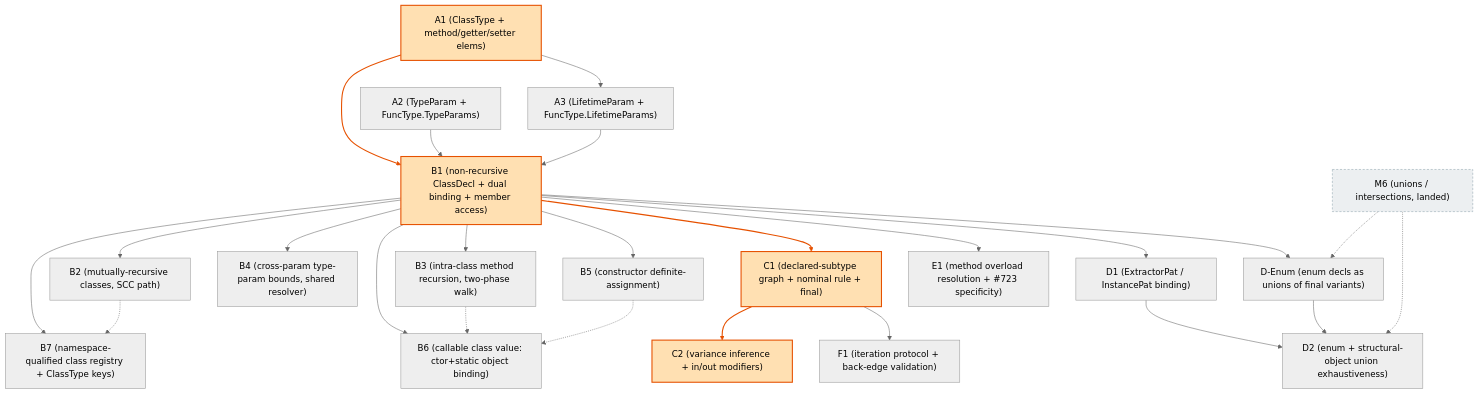
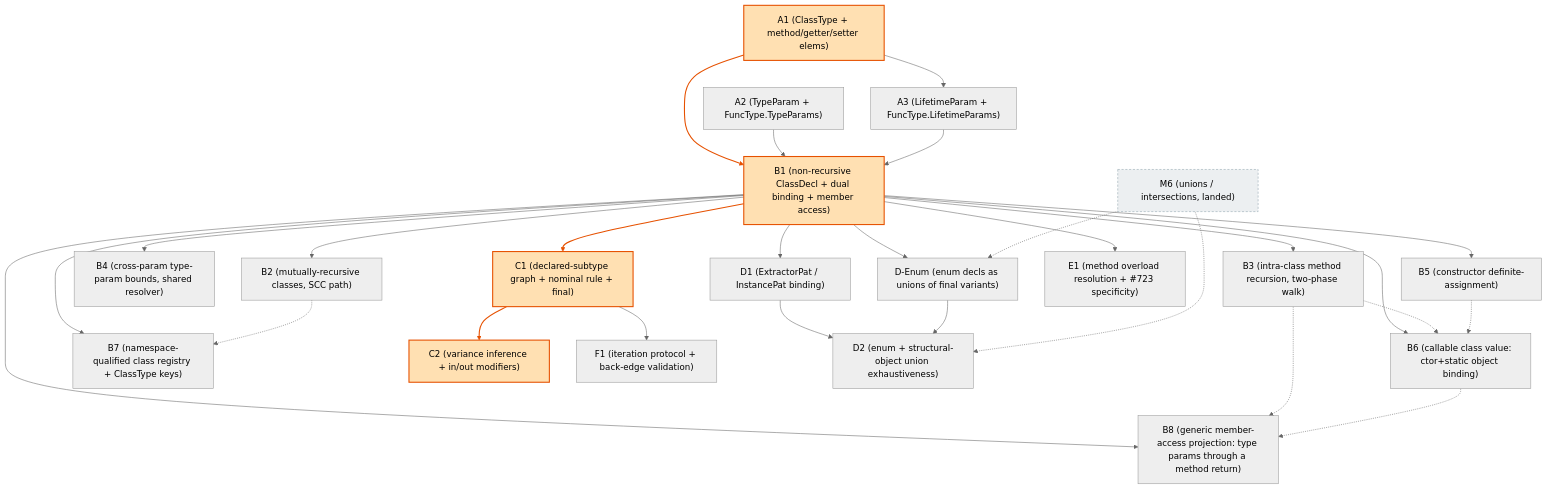
The diagram in planning/simple_sub/m5-implementation-plan.md (escalier-lang/escalier), drawn with Mermaid (neutral theme) before and after one commit. The commit also changed other lines of this file and 1 other file, not shown here.

First line of the commit message:
Add B8 to the M5 plan: generic member-access projection

````diff
--- a/planning/simple_sub/m5-implementation-plan.md
+++ b/planning/simple_sub/m5-implementation-plan.md
@@ -1310,51 +1367,55 @@
 ```mermaid
 graph TD
     A1["A1 (ClassType + method/getter/setter elems)"]
     A2["A2 (TypeParam + FuncType.TypeParams)"]
     A3["A3 (LifetimeParam + FuncType.LifetimeParams)"]
     B1["B1 (non-recursive ClassDecl + dual binding + member access)"]
     B2["B2 (mutually-recursive classes, SCC path)"]
     B3["B3 (intra-class method recursion, two-phase walk)"]
     B4["B4 (cross-param type-param bounds, shared resolver)"]
     B5["B5 (constructor definite-assignment)"]
     B6["B6 (callable class value: ctor+static object binding)"]
     B7["B7 (namespace-qualified class registry + ClassType keys)"]
+    B8["B8 (generic member-access projection: type params through a method return)"]
     C1["C1 (declared-subtype graph + nominal rule + final)"]
     C2["C2 (variance inference + in/out modifiers)"]
     F1["F1 (iteration protocol + back-edge validation)"]
     D1["D1 (ExtractorPat / InstancePat binding)"]
     DEnum["D-Enum (enum decls as unions of final variants)"]
     D2["D2 (enum + structural-object union exhaustiveness)"]
     E1["E1 (method overload resolution + #723 specificity)"]
     M6["M6 (unions / intersections, landed)"]
 
     A1 --> B1
     A1 --> A3
     A2 --> B1
     A3 --> B1
     B1 --> B2
     B1 --> B3
     B1 --> B4
     B1 --> B5
     B1 --> C1
     B1 --> D1
     B1 --> DEnum
     B1 --> E1
     C1 --> C2
     C1 --> F1
     D1 --> D2
     DEnum --> D2
     M6 -.-> DEnum
     M6 -.-> D2
     B1 --> B6
     B3 -.-> B6
     B5 -.-> B6
     B1 --> B7
     B2 -.-> B7
+    B1 --> B8
+    B3 -.-> B8
+    B6 -.-> B8
 
     classDef crit fill:#ffe0b2,stroke:#e65100,stroke-width:2px,color:#000;
     classDef landed fill:#eceff1,stroke:#90a4ae,stroke-dasharray:4 3,color:#000;
     class A1,B1,C1,C2 crit;
     class M6 landed;
     linkStyle 0,8,12 stroke:#e65100,stroke-width:2px;
 ```
````
